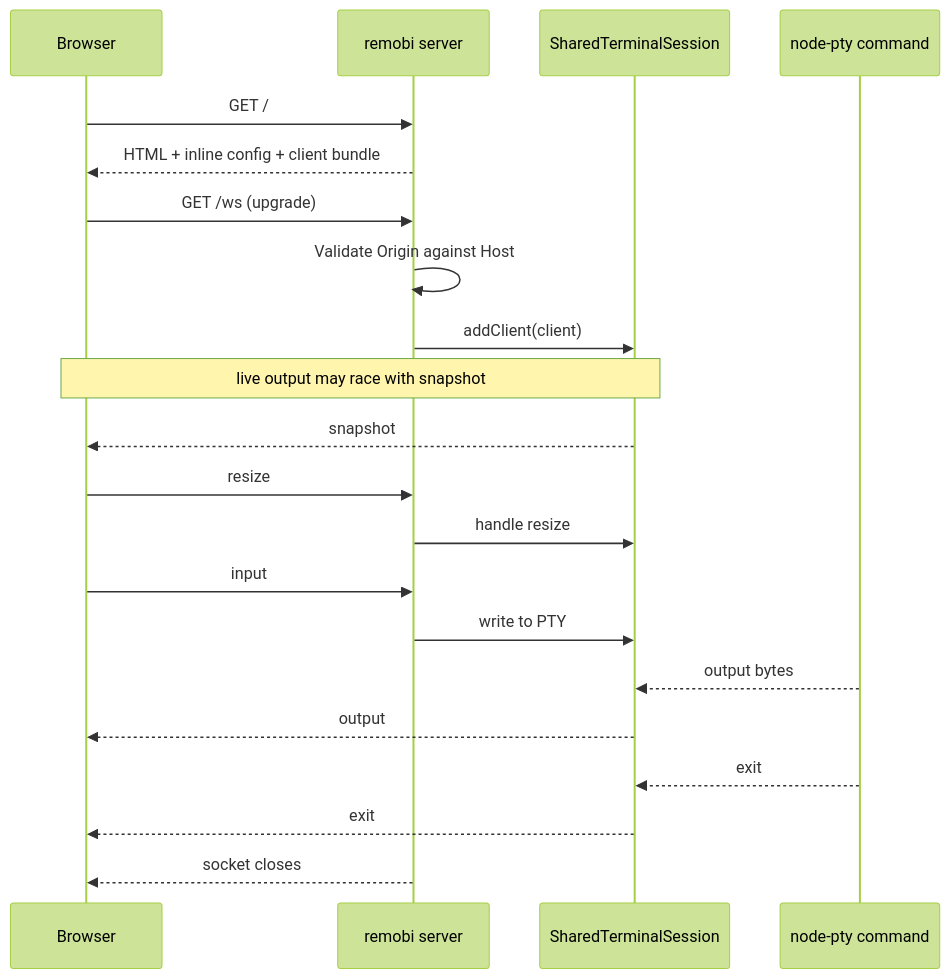
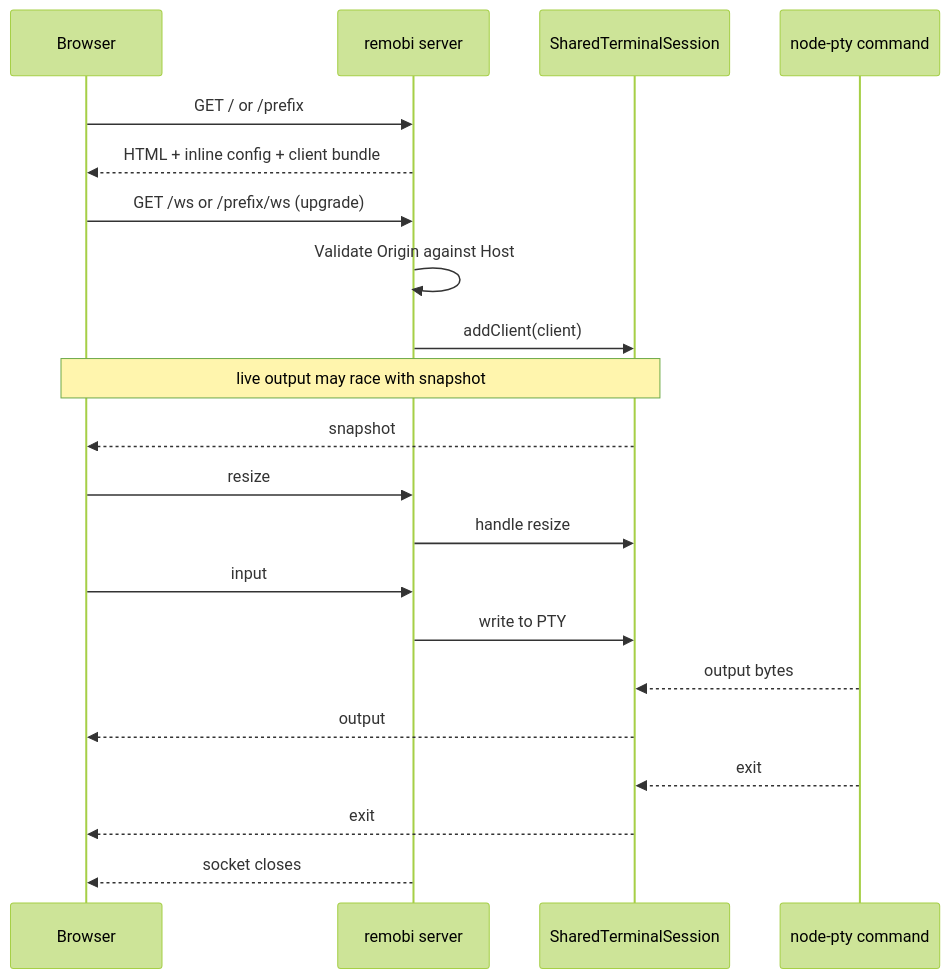
One commit to connorads/remobi changed the diagram in docs/architecture/networking-and-websockets.md. Above: the diagram before and after it, drawn with Mermaid (forest theme). The commit also changed other lines of this file and 8 other files, not shown here.

````diff
--- a/docs/architecture/networking-and-websockets.md
+++ b/docs/architecture/networking-and-websockets.md
@@ -23,24 +25,24 @@
 ```mermaid
 sequenceDiagram
     participant Browser
     participant Server as remobi server
     participant Session as SharedTerminalSession
     participant PTY as node-pty command
 
-    Browser->>Server: GET /
+    Browser->>Server: GET / or /prefix
     Server-->>Browser: HTML + inline config + client bundle
-    Browser->>Server: GET /ws (upgrade)
+    Browser->>Server: GET /ws or /prefix/ws (upgrade)
     Server->>Server: Validate Origin against Host
     Server->>Session: addClient(client)
     Note over Session,Browser: live output may race with snapshot
     Session-->>Browser: snapshot
     Browser->>Server: resize
     Server->>Session: handle resize
     Browser->>Server: input
     Server->>Session: write to PTY
     PTY-->>Session: output bytes
     Session-->>Browser: output
     PTY-->>Session: exit
     Session-->>Browser: exit
     Server-->>Browser: socket closes
 ```
````
